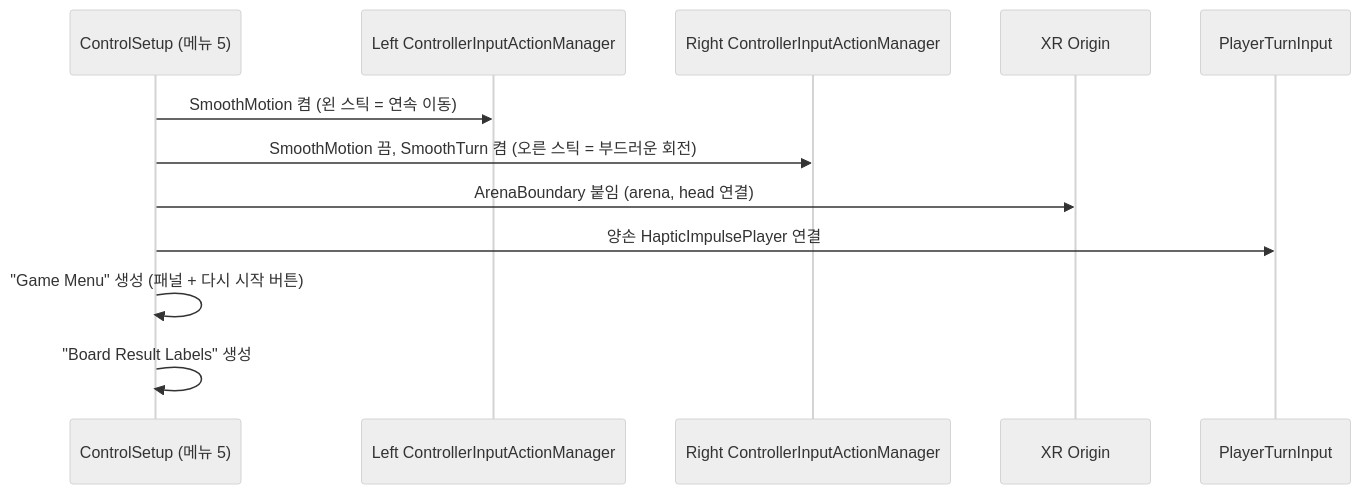
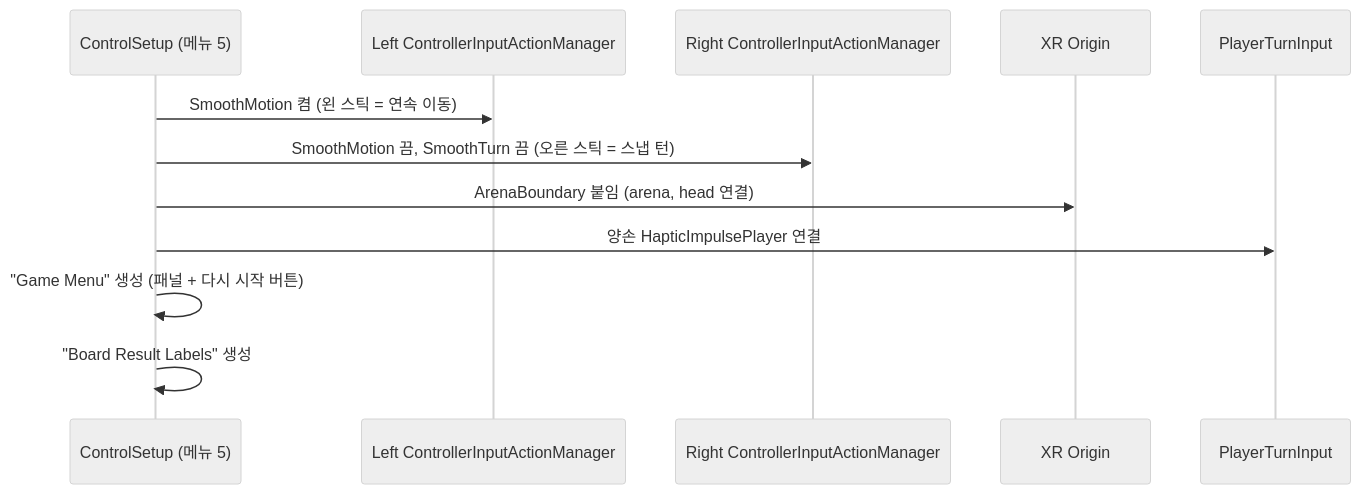
Before and after one commit to KooHoo-Dev/3rd-xr-project-MountainHS: the first of 6 diagrams in Docs/MR Strike/10-조작-UX.md, drawn with Mermaid (neutral theme). The commit also changed other lines of this file, not shown here.

````diff
--- a/Docs/MR Strike/10-조작-UX.md
+++ b/Docs/MR Strike/10-조작-UX.md
@@ -11,14 +11,14 @@
 ```mermaid
 sequenceDiagram
     participant M as ControlSetup (메뉴 5)
     participant L as Left ControllerInputActionManager
     participant R as Right ControllerInputActionManager
     participant O as XR Origin
     participant P as PlayerTurnInput
     M->>L: SmoothMotion 켬 (왼 스틱 = 연속 이동)
-    M->>R: SmoothMotion 끔, SmoothTurn 켬 (오른 스틱 = 부드러운 회전)
+    M->>R: SmoothMotion 끔, SmoothTurn 끔 (오른 스틱 = 스냅 턴)
     M->>O: ArenaBoundary 붙임 (arena, head 연결)
     M->>P: 양손 HapticImpulsePlayer 연결
     M->>M: "Game Menu" 생성 (패널 + 다시 시작 버튼)
     M->>M: "Board Result Labels" 생성
 ```
````
